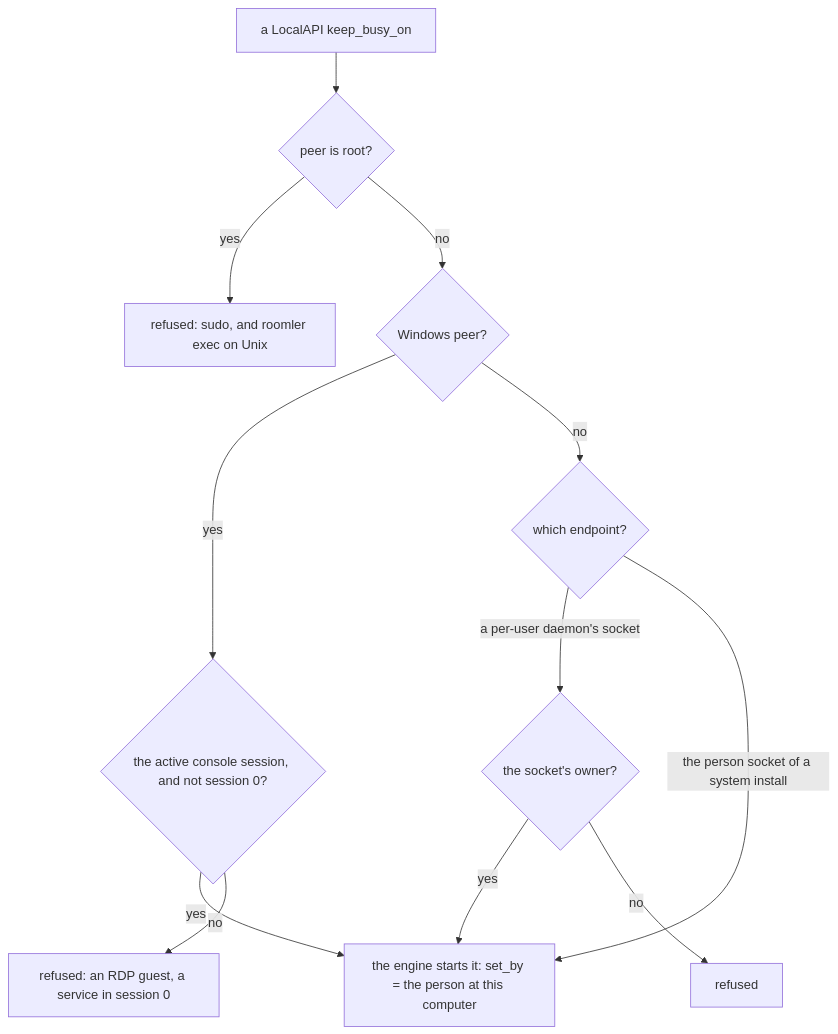
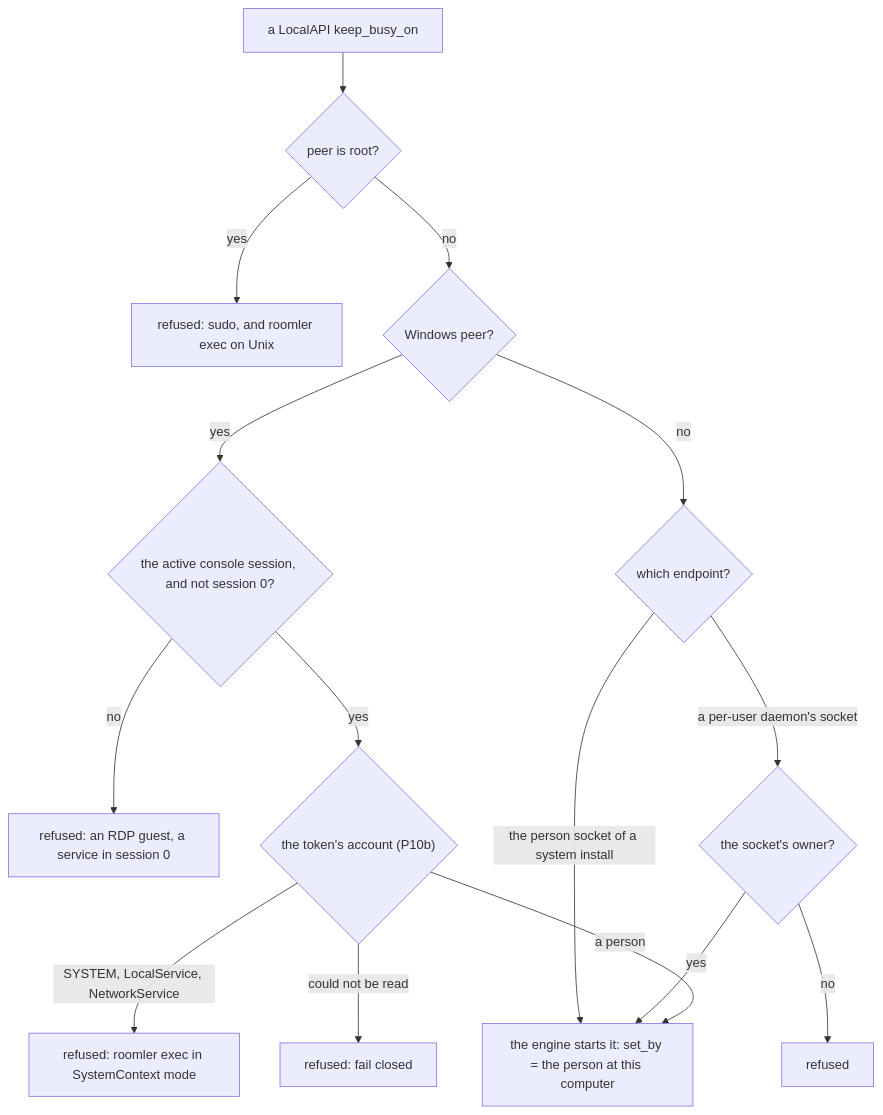
The fifth of 7 diagrams in docs/keep-busy.md (gjovanov/roomler-ai), drawn with Mermaid before and after one commit. The commit also changed other lines of this file and 5 other files, not shown here.

First line of the commit message:
feat(fr-92): P10b — SYSTEM never starts keep busy: the Windows pipe peer's account, read from its token (#2037)

````diff
--- a/docs/keep-busy.md
+++ b/docs/keep-busy.md
@@ -400,14 +403,17 @@
 ```mermaid
 flowchart TD
   P[a LocalAPI keep_busy_on] --> R{peer is root?}
   R -- yes --> X[refused: sudo, and roomler exec on Unix]
   R -- no --> W{Windows peer?}
   W -- yes --> S{the active console session, and not session 0?}
-  S -- yes --> OK[the engine starts it: set_by = the person at this computer]
   S -- no --> X2[refused: an RDP guest, a service in session 0]
+  S -- yes --> A{"the token's account (P10b)"}
+  A -- "a person" --> OK[the engine starts it: set_by = the person at this computer]
+  A -- "SYSTEM, LocalService, NetworkService" --> X4[refused: roomler exec in SystemContext mode]
+  A -- "could not be read" --> X5[refused: fail closed]
   W -- no --> E{which endpoint?}
   E -- a per-user daemon's socket --> O{the socket's owner?}
   O -- yes --> OK
   O -- no --> X3[refused]
   E -- the person socket of a system install --> OK
 ```
````
